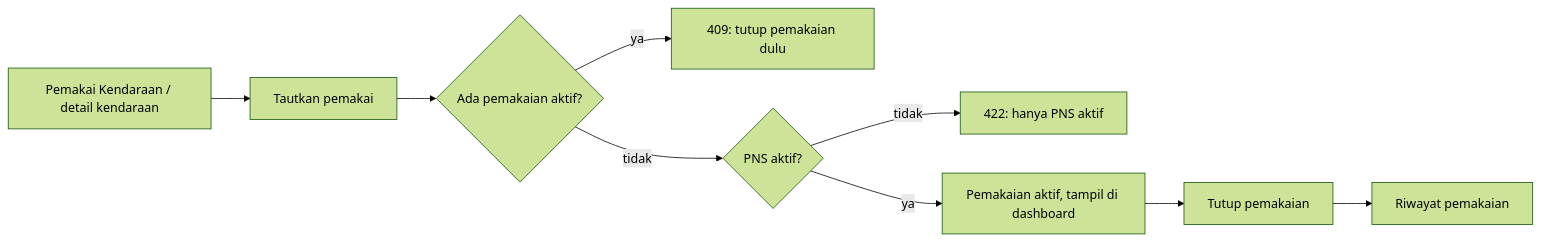
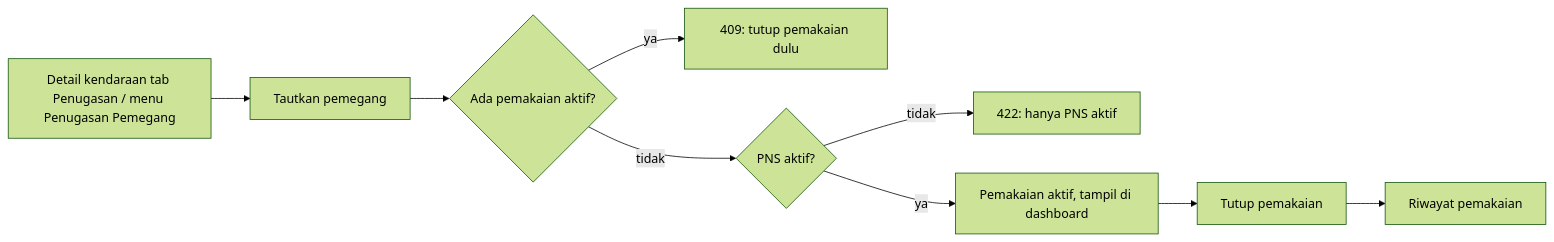
Before and after one commit to ivanrayhannn/Aplikasi-BMD-Jakarta-Test: the third of 8 diagrams in docs/PRD.md, drawn with Mermaid (forest theme). The commit also changed other lines of this file and 16 other files, not shown here.

First line of the commit message:
Revisi alur menu: grup mengikuti siklus KDO, detail kendaraan bertab, saran langkah berikutnya

````diff
--- a/docs/PRD.md
+++ b/docs/PRD.md
@@ -293,10 +293,10 @@
 ```mermaid
 flowchart LR
-  A[Pemakai Kendaraan / detail kendaraan] --> B[Tautkan pemakai]
+  A[Detail kendaraan tab Penugasan / menu Penugasan Pemegang] --> B[Tautkan pemegang]
   B --> C{Ada pemakaian aktif?}
   C -->|ya| D[409: tutup pemakaian dulu]
   C -->|tidak| E{PNS aktif?}
   E -->|tidak| F[422: hanya PNS aktif]
   E -->|ya| G[Pemakaian aktif, tampil di dashboard]
   G --> H[Tutup pemakaian] --> I[Riwayat pemakaian]
 ```
````
